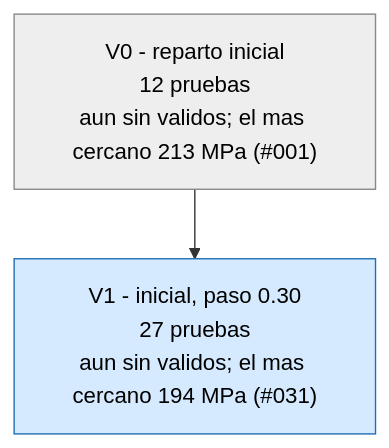
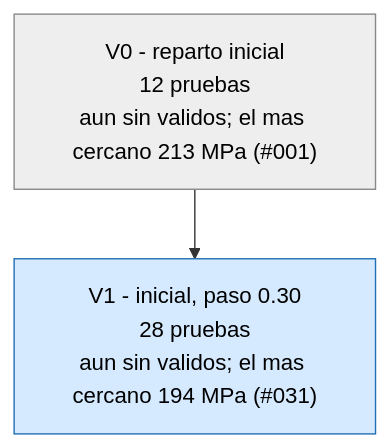
One commit to Hugiko/msd-soporte-optimizacion changed the first of 3 diagrams in runs/opt_37800N/ARBOL.md. Above: the diagram before and after it, drawn with Mermaid. The commit also changed 20 other files, not shown here.

````diff
--- a/runs/opt_37800N/ARBOL.md
+++ b/runs/opt_37800N/ARBOL.md
@@ -9,9 +9,9 @@
 ```mermaid
 graph TD
 classDef activa fill:#d6eaff,stroke:#1f6fb5,color:#000
 classDef fin fill:#eeeeee,stroke:#888,color:#000
 classDef mejor fill:#c8f0c0,stroke:#1a9850,stroke-width:4px,color:#000
 V0["V0 - reparto inicial<br/>12 pruebas<br/>aun sin validos; el mas cercano 213 MPa (#001)"]:::fin
-V1["V1 - inicial, paso 0.30<br/>27 pruebas<br/>aun sin validos; el mas cercano 194 MPa (#031)"]:::activa
+V1["V1 - inicial, paso 0.30<br/>28 pruebas<br/>aun sin validos; el mas cercano 194 MPa (#031)"]:::activa
 V0 --> V1
 ```
````
